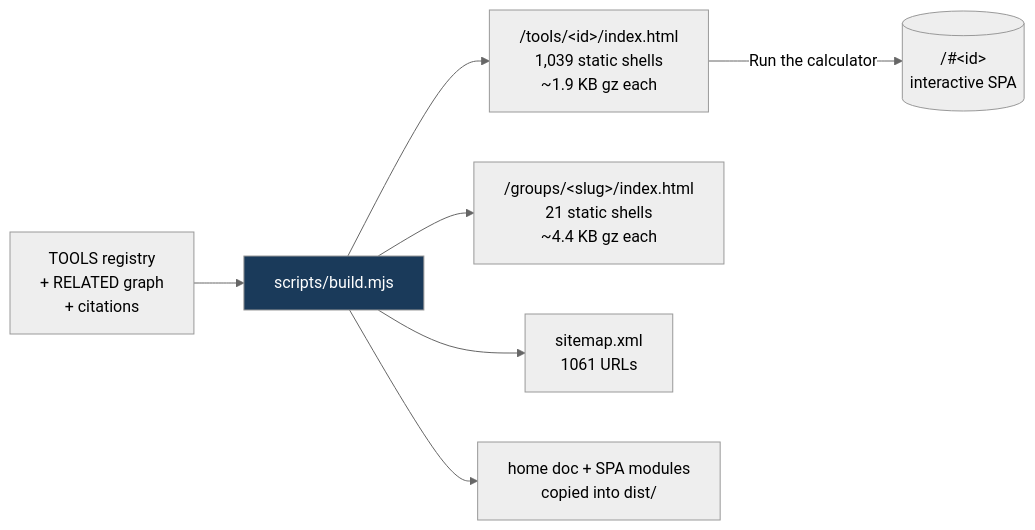
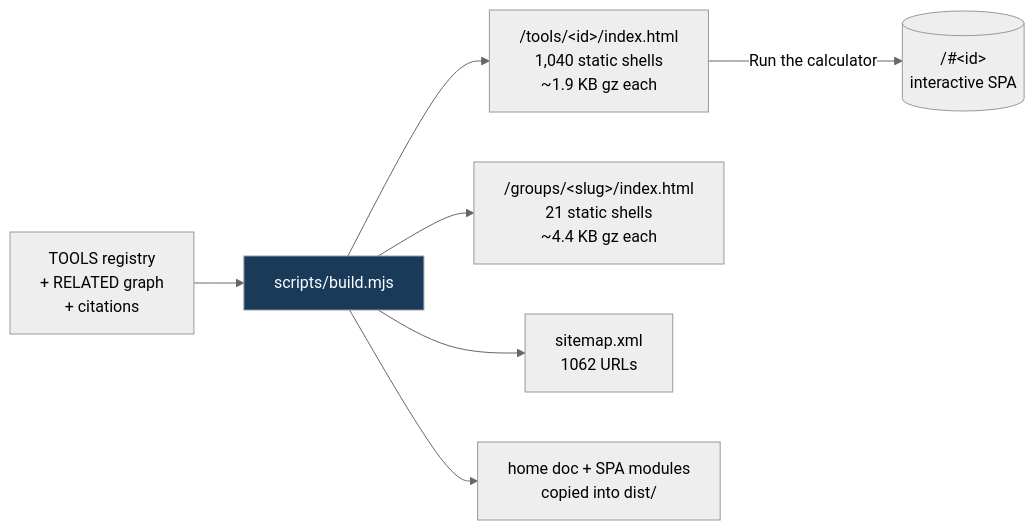
One commit to clay-good/roughlogic.com changed the fifth of 8 diagrams in README.md. Above: the diagram before and after it, drawn with Mermaid (neutral theme). The commit also changed other lines of this file and 12 other files, not shown here.

````diff
--- a/README.md
+++ b/README.md
@@ -495,10 +495,10 @@
 ```mermaid
 flowchart LR
     SRC[TOOLS registry\n+ RELATED graph\n+ citations] --> BUILD[scripts/build.mjs]
-    BUILD --> TILE["/tools/&lt;id&gt;/index.html\n1,039 static shells\n~1.9 KB gz each"]
+    BUILD --> TILE["/tools/&lt;id&gt;/index.html\n1,040 static shells\n~1.9 KB gz each"]
     BUILD --> GROUP["/groups/&lt;slug&gt;/index.html\n21 static shells\n~4.4 KB gz each"]
-    BUILD --> MAP["sitemap.xml\n1061 URLs"]
+    BUILD --> MAP["sitemap.xml\n1062 URLs"]
     BUILD --> COPY[home doc + SPA modules\ncopied into dist/]
     TILE -->|Run the calculator| SPA[("/#&lt;id&gt;\ninteractive SPA")]
     style BUILD fill:#1a3a5a,color:#fff
 ```
````
